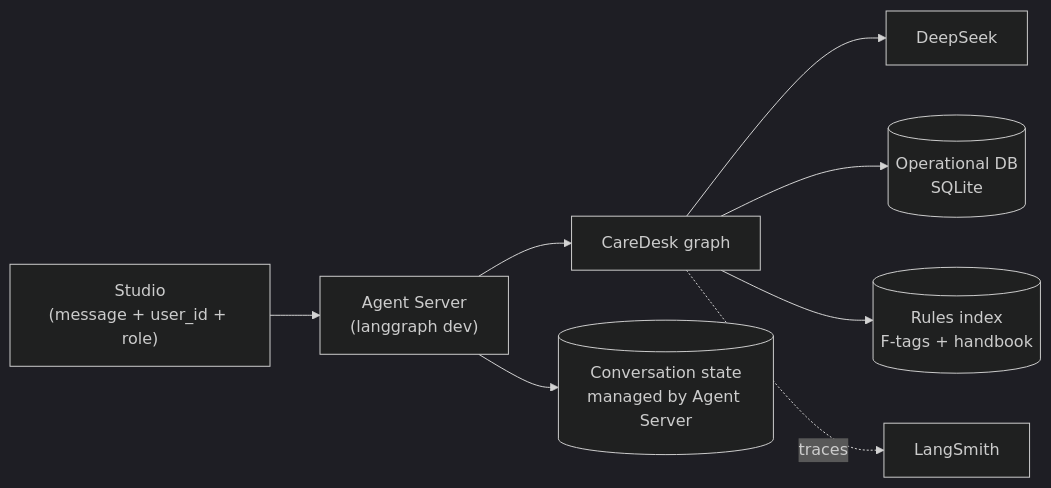
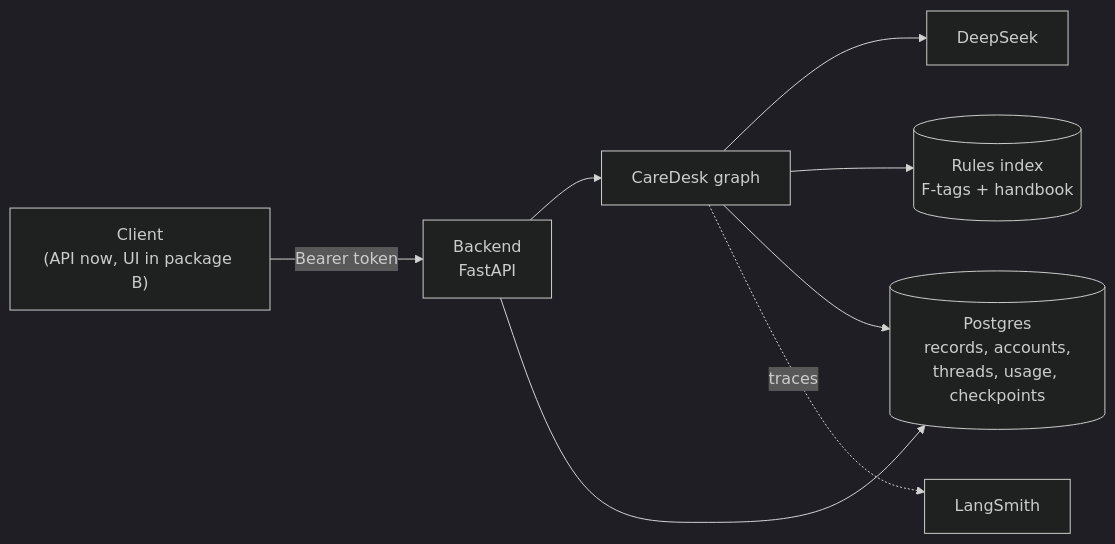
Before and after one commit to rozi-bb/caredesk: the first of 2 diagrams in docs/architecture.md, drawn with Mermaid (dark theme). The commit also changed other lines of this file and 35 other files, not shown here.

First line of the commit message:
Paket A rilis 2: backend FastAPI, Postgres, dan login

````diff
--- a/docs/architecture.md
+++ b/docs/architecture.md
@@ -15,10 +15,10 @@
 ```mermaid
 flowchart LR
-    U["Studio<br/>(message + user_id + role)"] --> S["Agent Server<br/>(langgraph dev)"]
-    S --> G["CareDesk graph"]
+    C["Client<br/>(API now, UI in package B)"] -->|"Bearer token"| B["Backend<br/>FastAPI"]
+    B --> G["CareDesk graph"]
     G --> M["DeepSeek"]
-    G --> DB[("Operational DB<br/>SQLite")]
     G --> V[("Rules index<br/>F-tags + handbook")]
-    S --> P[("Conversation state<br/>managed by Agent Server")]
+    B --> PG[("Postgres<br/>records, accounts,<br/>threads, usage, checkpoints")]
+    G --> PG
     G -. traces .-> L["LangSmith"]
 ```
````
